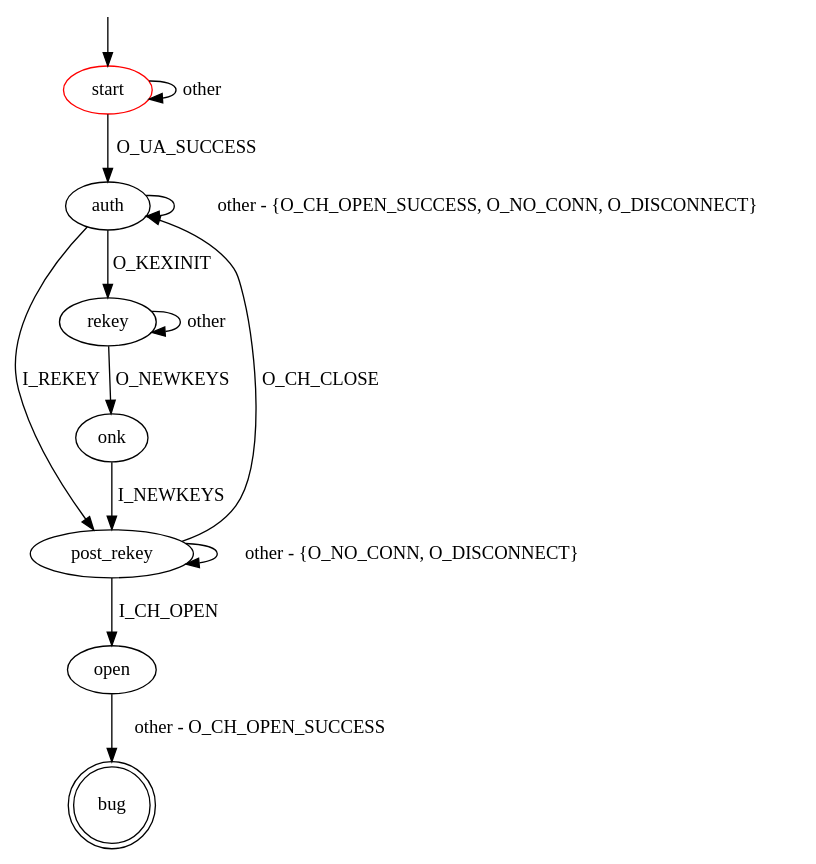
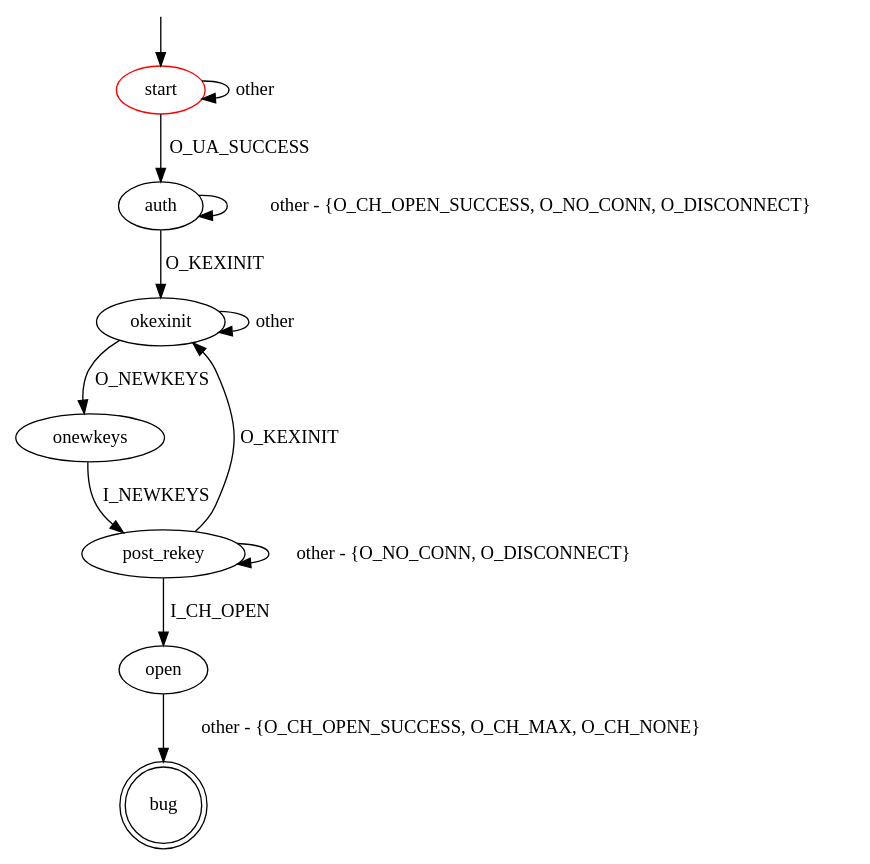
The diagram in src/main/resources/patterns/ssh/channel_open_unsuccessful_after_rekey.dot (assist-project/state-machine-bug-finder), drawn with Graphviz before and after one commit. The commit also changed 3 other files, not shown here.

```diff
--- a/src/main/resources/patterns/ssh/channel_open_unsuccessful_after_rekey.dot
+++ b/src/main/resources/patterns/ssh/channel_open_unsuccessful_after_rekey.dot
@@ -1,23 +1,25 @@
 digraph G {
 label=""
 start [color="red"]
 bug [shape="doublecircle"]
 
 start -> auth [label="O_UA_SUCCESS"]
 start -> start [label="other"]
-auth -> post_rekey [label="I_REKEY"]
-auth -> rekey [label="O_KEXINIT"]
+
+auth -> okexinit [label="O_KEXINIT"]
 auth -> auth [label="other - {O_CH_OPEN_SUCCESS, O_NO_CONN, O_DISCONNECT}"]
 
-rekey -> onk [label="O_NEWKEYS"]
-rekey -> rekey [label="other"]
-onk -> post_rekey [label="I_NEWKEYS"]
+okexinit -> onewkeys [label="O_NEWKEYS"]
+okexinit -> okexinit [label="other"]
+
+onewkeys -> post_rekey [label="I_NEWKEYS"]
 
 post_rekey -> open [label="I_CH_OPEN"]
-post_rekey -> auth [label="O_CH_CLOSE"]
+post_rekey -> okexinit [label="O_KEXINIT"]
 post_rekey -> post_rekey [label="other - {O_NO_CONN, O_DISCONNECT}"]
-open -> bug [label="other - O_CH_OPEN_SUCCESS"]
+
+open -> bug [label="other - {O_CH_OPEN_SUCCESS, O_CH_MAX, O_CH_NONE}"]
 
 __start0 [label="" shape="none" width="0" height="0"];
 __start0 -> start;
 }
```
